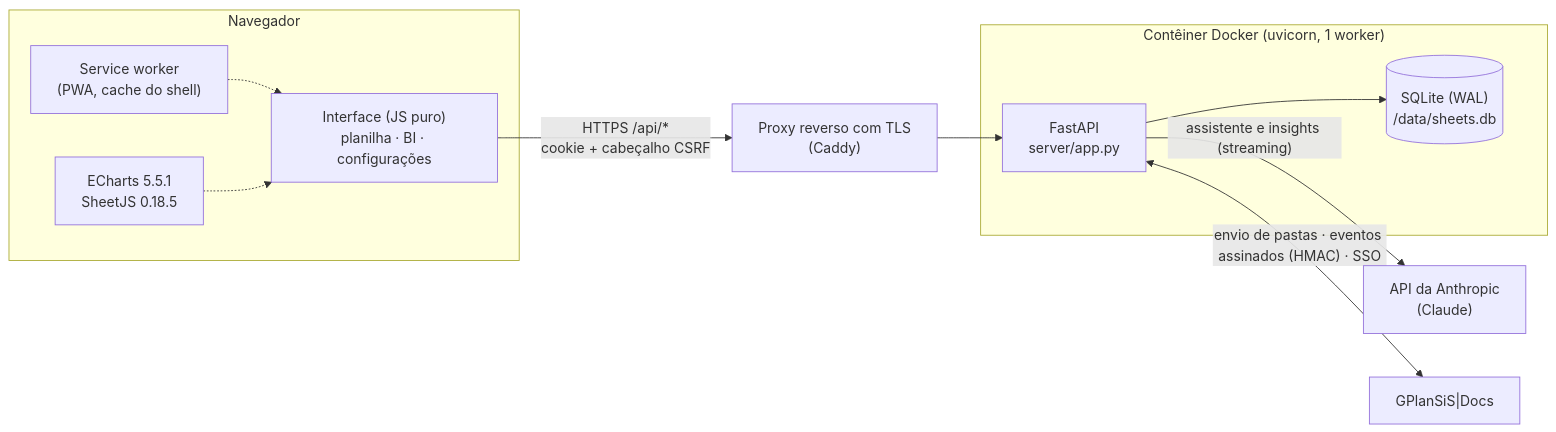
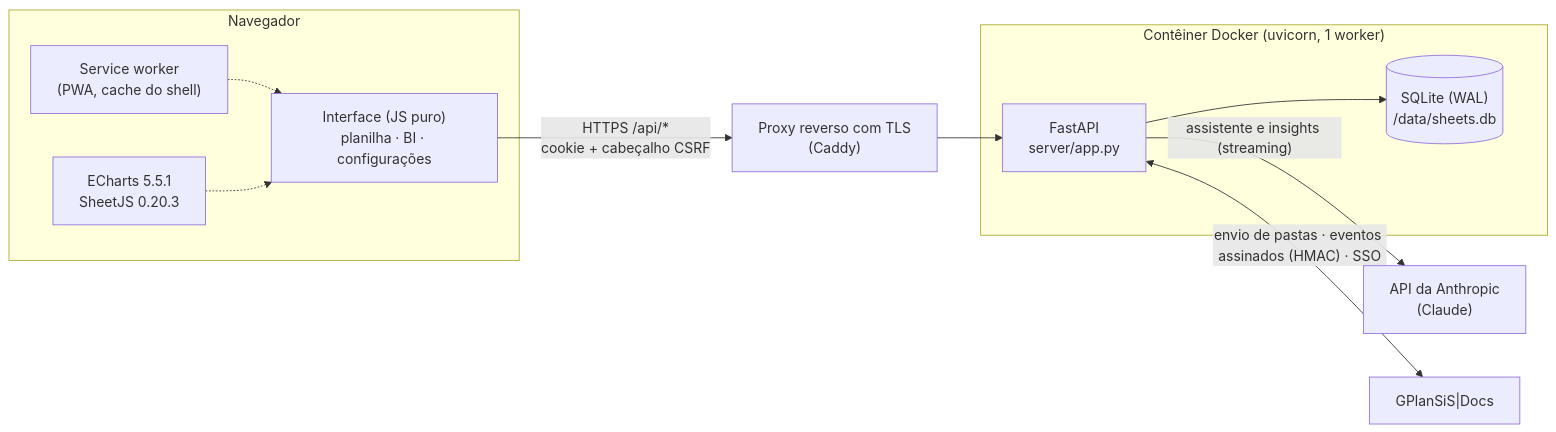
One commit to SSBianchiplan/sheets changed the diagram in README.md. Above: the diagram before and after it, drawn with Mermaid. The commit also changed other lines of this file and 12 other files, not shown here.

````diff
--- a/README.md
+++ b/README.md
@@ -70,22 +70,22 @@
 ```mermaid
 flowchart LR
   subgraph Navegador
     UI["Interface (JS puro)<br/>planilha · BI · configurações"]
     SW["Service worker<br/>(PWA, cache do shell)"]
-    VEN["ECharts 5.5.1<br/>SheetJS 0.18.5"]
+    VEN["ECharts 5.5.1<br/>SheetJS 0.20.3"]
   end
   subgraph Servidor["Contêiner Docker (uvicorn, 1 worker)"]
     API["FastAPI<br/>server/app.py"]
     DB[("SQLite (WAL)<br/>/data/sheets.db")]
     API --> DB
   end
   PROXY["Proxy reverso com TLS<br/>(Caddy)"]
   IA["API da Anthropic<br/>(Claude)"]
   DOCS["GPlanSiS|Docs"]
 
   UI -- "HTTPS /api/*<br/>cookie + cabeçalho CSRF" --> PROXY --> API
   SW -.-> UI
   VEN -.-> UI
   API -- "assistente e insights (streaming)" --> IA
   API <-- "envio de pastas · eventos assinados (HMAC) · SSO" --> DOCS
 ```
````
